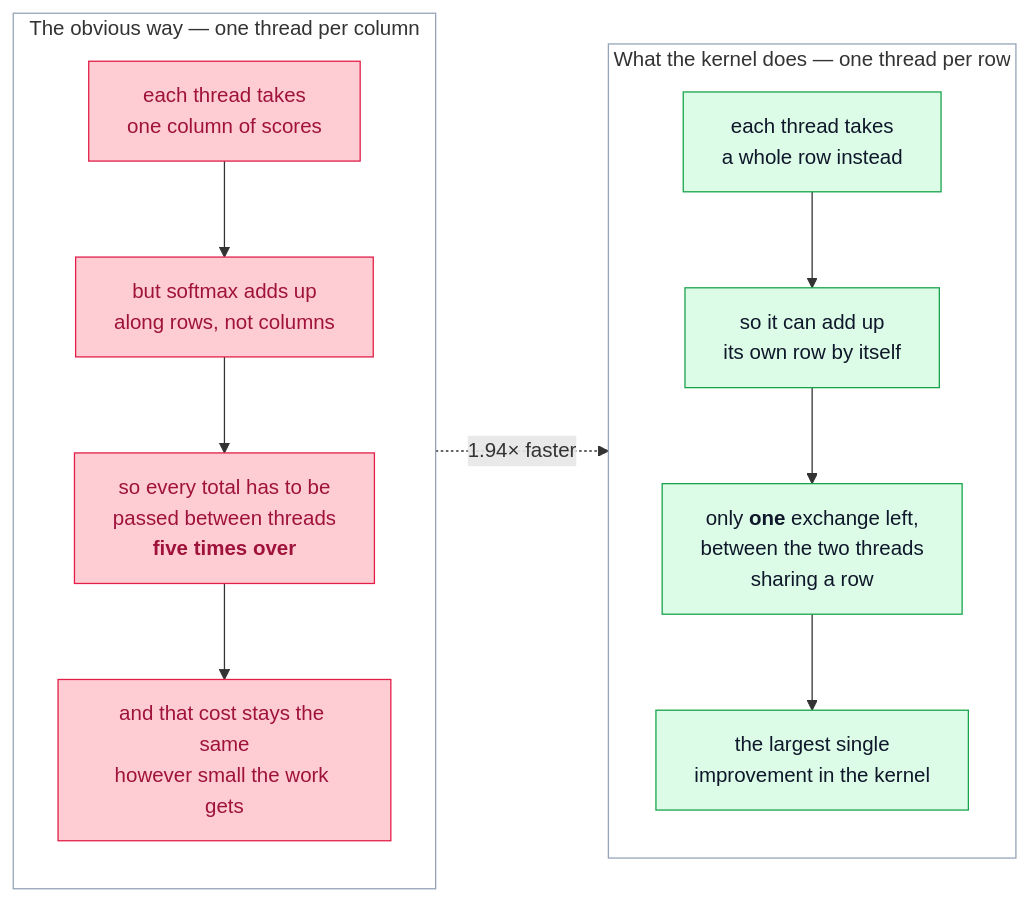
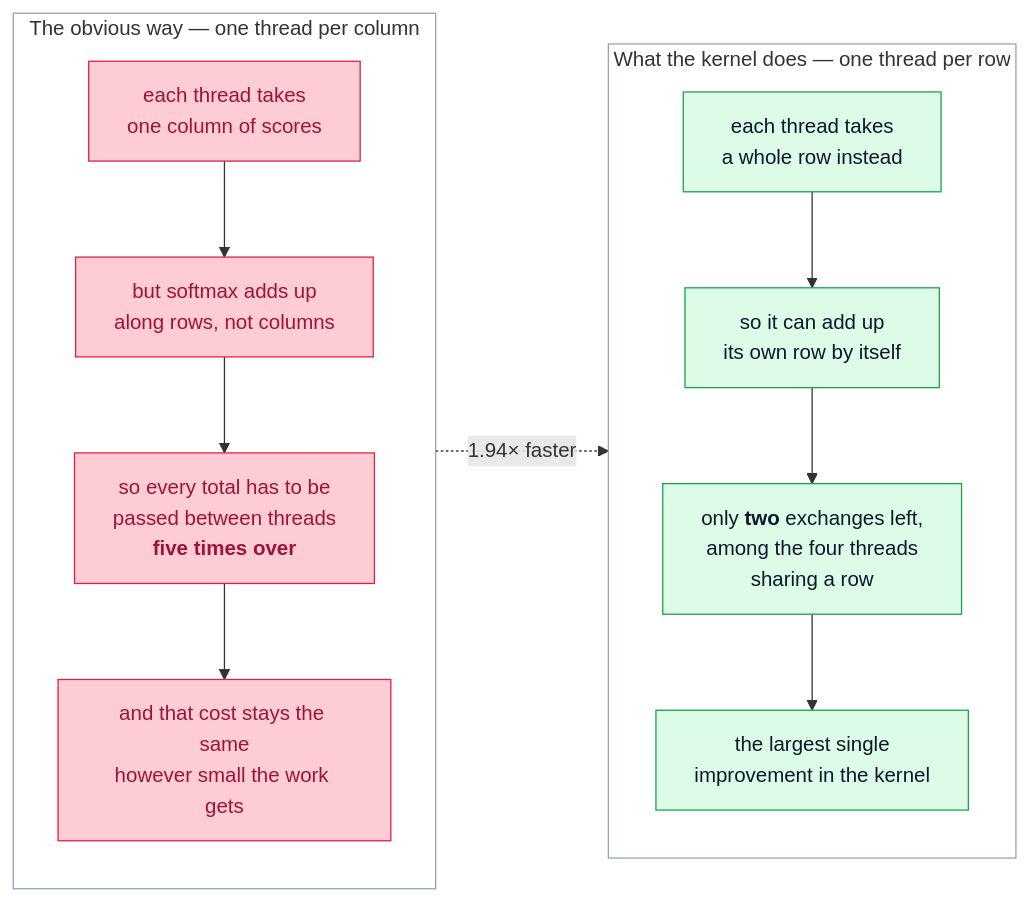
The ninth of 9 diagrams in TechnicalReport.md (jazwinn/Distraction-OptimizedTransformerLayer), drawn with Mermaid before and after one commit. The commit also changed other lines of this file, not shown here.

````diff
--- a/TechnicalReport.md
+++ b/TechnicalReport.md
@@ -1120,29 +1163,29 @@
 ```mermaid
 flowchart LR
     subgraph old ["The obvious way — one thread per column"]
         direction TB
         o1["each thread takes<br/>one column of scores"]
         o2["but softmax adds up<br/>along rows, not columns"]
         o3["so every total has to be<br/>passed between threads<br/><b>five times over</b>"]
         o4["and that cost stays the same<br/>however small the work gets"]
         o1 --> o2 --> o3 --> o4
     end
 
     subgraph new ["What the kernel does — one thread per row"]
         direction TB
         n1["each thread takes<br/>a whole row instead"]
         n2["so it can add up<br/>its own row by itself"]
-        n3["only <b>one</b> exchange left,<br/>between the two threads<br/>sharing a row"]
+        n3["only <b>two</b> exchanges left,<br/>among the four threads<br/>sharing a row"]
         n4["the largest single<br/>improvement in the kernel"]
         n1 --> n2 --> n3 --> n4
     end
 
     old -.->|"1.94× faster"| new
 
     classDef bad fill:#fecdd3,stroke:#e11d48,color:#9f1239;
     classDef good fill:#dcfce7,stroke:#16a34a,color:#0f172a;
     class o1,o2,o3,o4 bad;
     classDef box fill:transparent,stroke:#94a3b8;
     class n1,n2,n3,n4 good;
     class old,new box;
 ```
````
